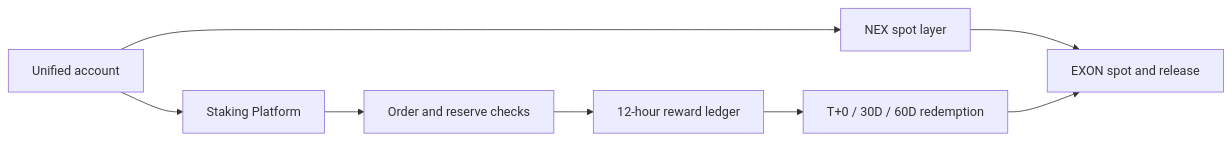
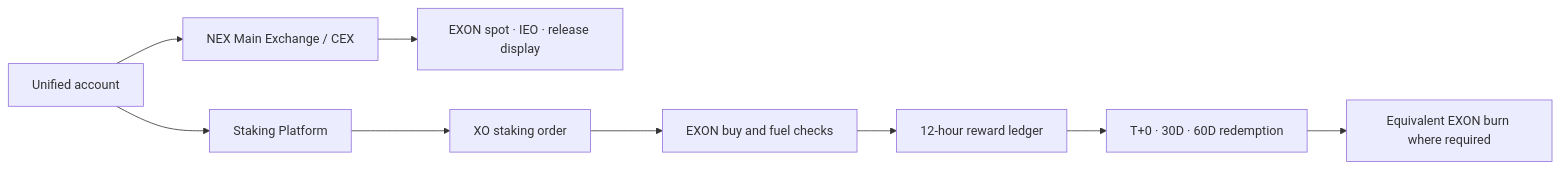
One commit to NEXONMarkets/NEXON-Whitepaper changed the diagram in docs/en/03-architecture/trust-and-bonding.md. Above: the diagram before and after it, drawn with Mermaid. The commit also changed other lines of this file and 12 other files, not shown here.

Commit message:
docs: define the NEXON financial-social product roadmap

````diff
--- a/docs/en/03-architecture/trust-and-bonding.md
+++ b/docs/en/03-architecture/trust-and-bonding.md
@@ -12,10 +14,11 @@
 ```mermaid
 flowchart LR
-    A["Unified account"] --> E["NEX spot layer"]
+    A["Unified account"] --> E["NEX Main Exchange / CEX"]
     A --> S["Staking Platform"]
-    E --> X["EXON spot and release"]
-    S --> O["Order and reserve checks"]
-    O --> R["12-hour reward ledger"]
-    R --> D["T+0 / 30D / 60D redemption"]
-    D --> X
+    E --> X["EXON spot · IEO · release display"]
+    S --> O["XO staking order"]
+    O --> F["EXON buy and fuel checks"]
+    F --> R["12-hour reward ledger"]
+    R --> D["T+0 · 30D · 60D redemption"]
+    D --> B["Equivalent EXON burn where required"]
 ```
````
